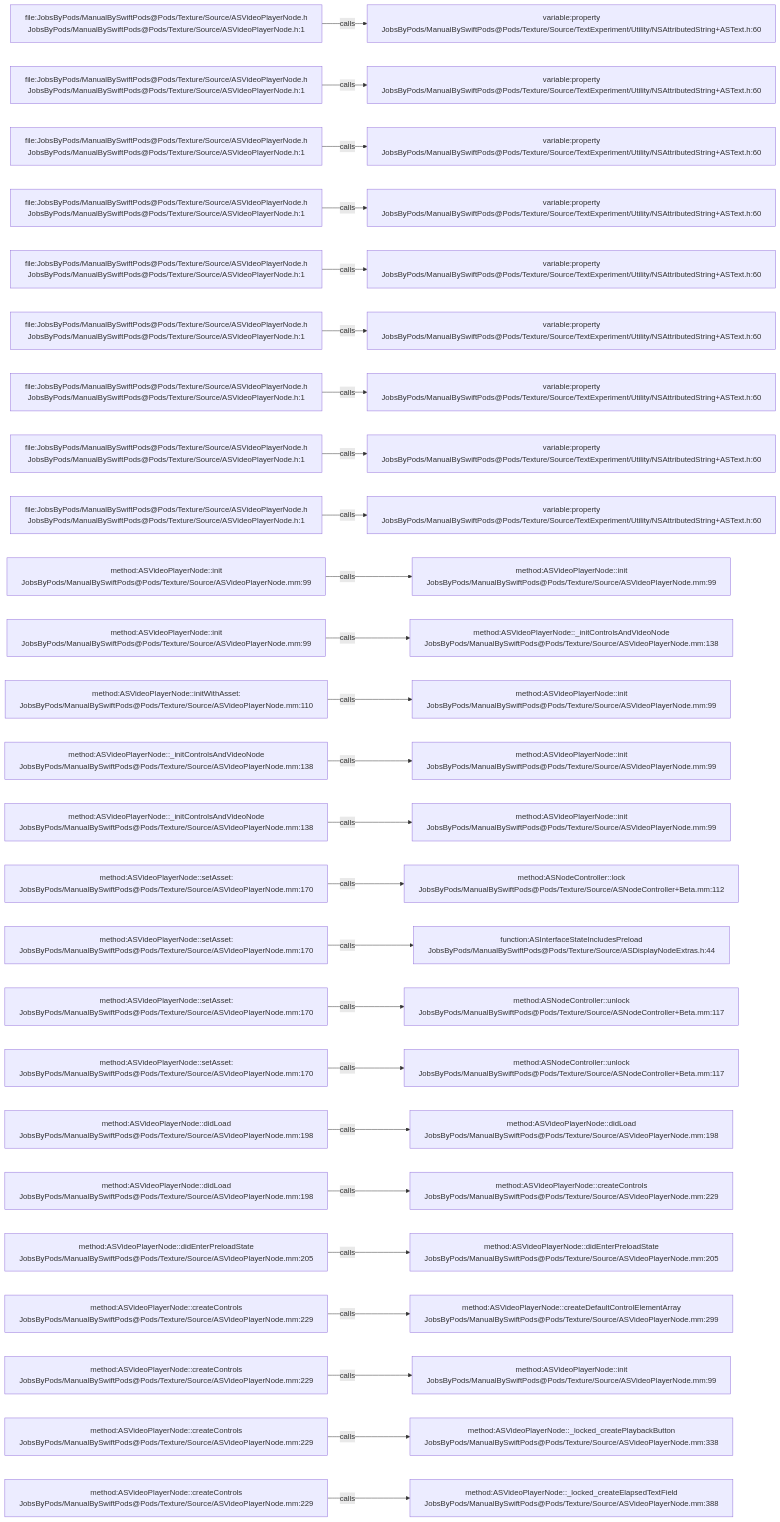
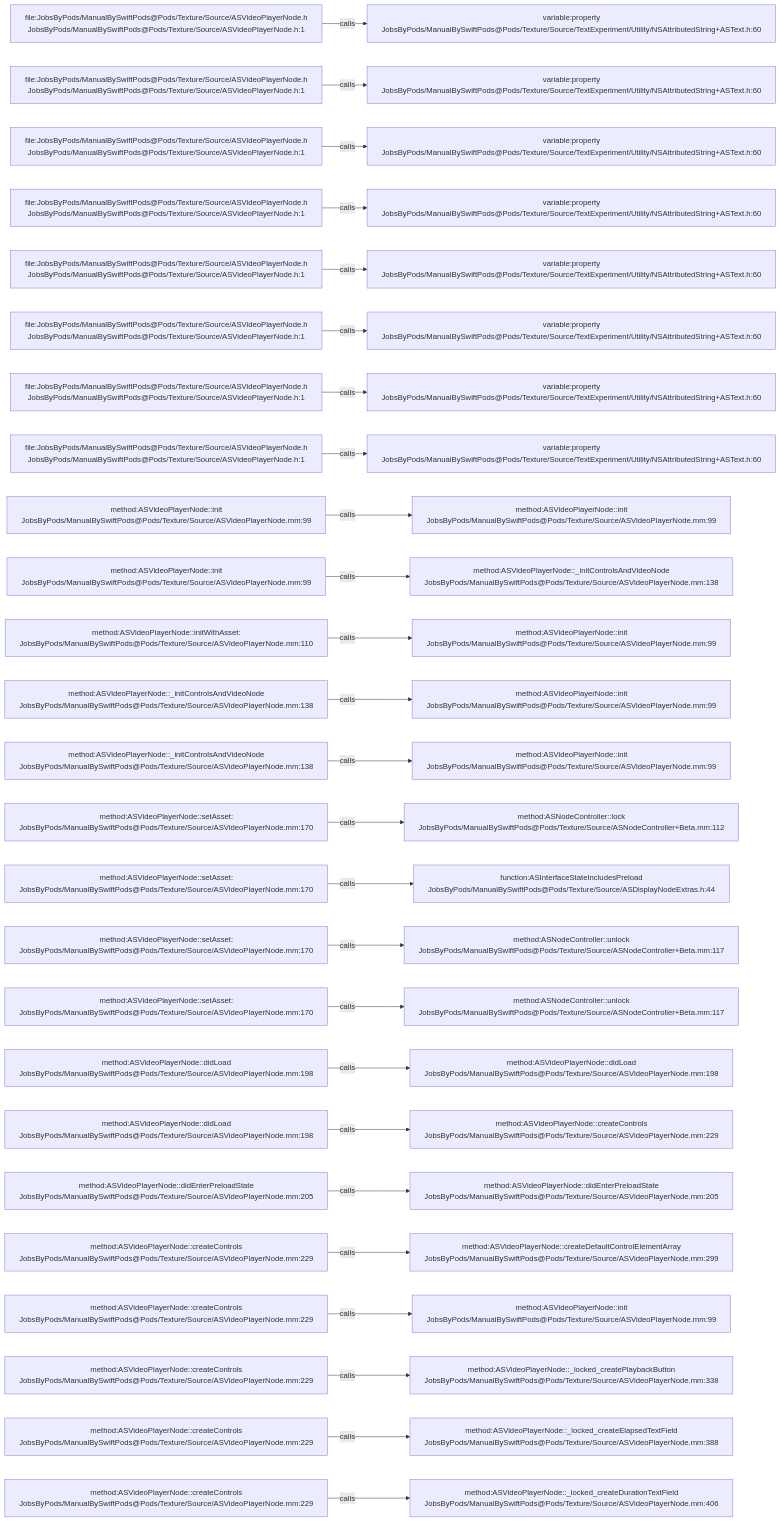
One commit to JobsKits/JobsSwiftBaseConfigDemo changed the diagram in .codegraph/codegraph.md/graphs/calls-076.md. Above: the diagram before and after it, drawn with Mermaid. The commit also changed 747 other files, not shown here.

````diff
--- a/.codegraph/codegraph.md/graphs/calls-076.md
+++ b/.codegraph/codegraph.md/graphs/calls-076.md
@@ -13,78 +13,78 @@
 ```mermaid
 flowchart LR
   S1["file:JobsByPods/ManualBySwiftPods@Pods/Texture/Source/ASVideoPlayerNode.h<br/>JobsByPods/ManualBySwiftPods@Pods/Texture/Source/ASVideoPlayerNode.h:1"]
   T1["variable:property<br/>JobsByPods/ManualBySwiftPods@Pods/Texture/Source/TextExperiment/Utility/NSAttributedString+ASText.h:60"]
   S1 -->|calls| T1
   S2["file:JobsByPods/ManualBySwiftPods@Pods/Texture/Source/ASVideoPlayerNode.h<br/>JobsByPods/ManualBySwiftPods@Pods/Texture/Source/ASVideoPlayerNode.h:1"]
   T2["variable:property<br/>JobsByPods/ManualBySwiftPods@Pods/Texture/Source/TextExperiment/Utility/NSAttributedString+ASText.h:60"]
   S2 -->|calls| T2
   S3["file:JobsByPods/ManualBySwiftPods@Pods/Texture/Source/ASVideoPlayerNode.h<br/>JobsByPods/ManualBySwiftPods@Pods/Texture/Source/ASVideoPlayerNode.h:1"]
   T3["variable:property<br/>JobsByPods/ManualBySwiftPods@Pods/Texture/Source/TextExperiment/Utility/NSAttributedString+ASText.h:60"]
   S3 -->|calls| T3
   S4["file:JobsByPods/ManualBySwiftPods@Pods/Texture/Source/ASVideoPlayerNode.h<br/>JobsByPods/ManualBySwiftPods@Pods/Texture/Source/ASVideoPlayerNode.h:1"]
   T4["variable:property<br/>JobsByPods/ManualBySwiftPods@Pods/Texture/Source/TextExperiment/Utility/NSAttributedString+ASText.h:60"]
   S4 -->|calls| T4
   S5["file:JobsByPods/ManualBySwiftPods@Pods/Texture/Source/ASVideoPlayerNode.h<br/>JobsByPods/ManualBySwiftPods@Pods/Texture/Source/ASVideoPlayerNode.h:1"]
   T5["variable:property<br/>JobsByPods/ManualBySwiftPods@Pods/Texture/Source/TextExperiment/Utility/NSAttributedString+ASText.h:60"]
   S5 -->|calls| T5
   S6["file:JobsByPods/ManualBySwiftPods@Pods/Texture/Source/ASVideoPlayerNode.h<br/>JobsByPods/ManualBySwiftPods@Pods/Texture/Source/ASVideoPlayerNode.h:1"]
   T6["variable:property<br/>JobsByPods/ManualBySwiftPods@Pods/Texture/Source/TextExperiment/Utility/NSAttributedString+ASText.h:60"]
   S6 -->|calls| T6
   S7["file:JobsByPods/ManualBySwiftPods@Pods/Texture/Source/ASVideoPlayerNode.h<br/>JobsByPods/ManualBySwiftPods@Pods/Texture/Source/ASVideoPlayerNode.h:1"]
   T7["variable:property<br/>JobsByPods/ManualBySwiftPods@Pods/Texture/Source/TextExperiment/Utility/NSAttributedString+ASText.h:60"]
   S7 -->|calls| T7
   S8["file:JobsByPods/ManualBySwiftPods@Pods/Texture/Source/ASVideoPlayerNode.h<br/>JobsByPods/ManualBySwiftPods@Pods/Texture/Source/ASVideoPlayerNode.h:1"]
   T8["variable:property<br/>JobsByPods/ManualBySwiftPods@Pods/Texture/Source/TextExperiment/Utility/NSAttributedString+ASText.h:60"]
   S8 -->|calls| T8
-  S9["file:JobsByPods/ManualBySwiftPods@Pods/Texture/Source/ASVideoPlayerNode.h<br/>JobsByPods/ManualBySwiftPods@Pods/Texture/Source/ASVideoPlayerNode.h:1"]
-  T9["variable:property<br/>JobsByPods/ManualBySwiftPods@Pods/Texture/Source/TextExperiment/Utility/NSAttributedString+ASText.h:60"]
+  S9["method:ASVideoPlayerNode::init<br/>JobsByPods/ManualBySwiftPods@Pods/Texture/Source/ASVideoPlayerNode.mm:99"]
+  T9["method:ASVideoPlayerNode::init<br/>JobsByPods/ManualBySwiftPods@Pods/Texture/Source/ASVideoPlayerNode.mm:99"]
   S9 -->|calls| T9
   S10["method:ASVideoPlayerNode::init<br/>JobsByPods/ManualBySwiftPods@Pods/Texture/Source/ASVideoPlayerNode.mm:99"]
-  T10["method:ASVideoPlayerNode::init<br/>JobsByPods/ManualBySwiftPods@Pods/Texture/Source/ASVideoPlayerNode.mm:99"]
+  T10["method:ASVideoPlayerNode::_initControlsAndVideoNode<br/>JobsByPods/ManualBySwiftPods@Pods/Texture/Source/ASVideoPlayerNode.mm:138"]
   S10 -->|calls| T10
-  S11["method:ASVideoPlayerNode::init<br/>JobsByPods/ManualBySwiftPods@Pods/Texture/Source/ASVideoPlayerNode.mm:99"]
-  T11["method:ASVideoPlayerNode::_initControlsAndVideoNode<br/>JobsByPods/ManualBySwiftPods@Pods/Texture/Source/ASVideoPlayerNode.mm:138"]
+  S11["method:ASVideoPlayerNode::initWithAsset:<br/>JobsByPods/ManualBySwiftPods@Pods/Texture/Source/ASVideoPlayerNode.mm:110"]
+  T11["method:ASVideoPlayerNode::init<br/>JobsByPods/ManualBySwiftPods@Pods/Texture/Source/ASVideoPlayerNode.mm:99"]
   S11 -->|calls| T11
-  S12["method:ASVideoPlayerNode::initWithAsset:<br/>JobsByPods/ManualBySwiftPods@Pods/Texture/Source/ASVideoPlayerNode.mm:110"]
+  S12["method:ASVideoPlayerNode::_initControlsAndVideoNode<br/>JobsByPods/ManualBySwiftPods@Pods/Texture/Source/ASVideoPlayerNode.mm:138"]
   T12["method:ASVideoPlayerNode::init<br/>JobsByPods/ManualBySwiftPods@Pods/Texture/Source/ASVideoPlayerNode.mm:99"]
   S12 -->|calls| T12
   S13["method:ASVideoPlayerNode::_initControlsAndVideoNode<br/>JobsByPods/ManualBySwiftPods@Pods/Texture/Source/ASVideoPlayerNode.mm:138"]
   T13["method:ASVideoPlayerNode::init<br/>JobsByPods/ManualBySwiftPods@Pods/Texture/Source/ASVideoPlayerNode.mm:99"]
   S13 -->|calls| T13
-  S14["method:ASVideoPlayerNode::_initControlsAndVideoNode<br/>JobsByPods/ManualBySwiftPods@Pods/Texture/Source/ASVideoPlayerNode.mm:138"]
-  T14["method:ASVideoPlayerNode::init<br/>JobsByPods/ManualBySwiftPods@Pods/Texture/Source/ASVideoPlayerNode.mm:99"]
+  S14["method:ASVideoPlayerNode::setAsset:<br/>JobsByPods/ManualBySwiftPods@Pods/Texture/Source/ASVideoPlayerNode.mm:170"]
+  T14["method:ASNodeController::lock<br/>JobsByPods/ManualBySwiftPods@Pods/Texture/Source/ASNodeController+Beta.mm:112"]
   S14 -->|calls| T14
   S15["method:ASVideoPlayerNode::setAsset:<br/>JobsByPods/ManualBySwiftPods@Pods/Texture/Source/ASVideoPlayerNode.mm:170"]
-  T15["method:ASNodeController::lock<br/>JobsByPods/ManualBySwiftPods@Pods/Texture/Source/ASNodeController+Beta.mm:112"]
+  T15["function:ASInterfaceStateIncludesPreload<br/>JobsByPods/ManualBySwiftPods@Pods/Texture/Source/ASDisplayNodeExtras.h:44"]
   S15 -->|calls| T15
   S16["method:ASVideoPlayerNode::setAsset:<br/>JobsByPods/ManualBySwiftPods@Pods/Texture/Source/ASVideoPlayerNode.mm:170"]
-  T16["function:ASInterfaceStateIncludesPreload<br/>JobsByPods/ManualBySwiftPods@Pods/Texture/Source/ASDisplayNodeExtras.h:44"]
+  T16["method:ASNodeController::unlock<br/>JobsByPods/ManualBySwiftPods@Pods/Texture/Source/ASNodeController+Beta.mm:117"]
   S16 -->|calls| T16
   S17["method:ASVideoPlayerNode::setAsset:<br/>JobsByPods/ManualBySwiftPods@Pods/Texture/Source/ASVideoPlayerNode.mm:170"]
   T17["method:ASNodeController::unlock<br/>JobsByPods/ManualBySwiftPods@Pods/Texture/Source/ASNodeController+Beta.mm:117"]
   S17 -->|calls| T17
-  S18["method:ASVideoPlayerNode::setAsset:<br/>JobsByPods/ManualBySwiftPods@Pods/Texture/Source/ASVideoPlayerNode.mm:170"]
-  T18["method:ASNodeController::unlock<br/>JobsByPods/ManualBySwiftPods@Pods/Texture/Source/ASNodeController+Beta.mm:117"]
+  S18["method:ASVideoPlayerNode::didLoad<br/>JobsByPods/ManualBySwiftPods@Pods/Texture/Source/ASVideoPlayerNode.mm:198"]
+  T18["method:ASVideoPlayerNode::didLoad<br/>JobsByPods/ManualBySwiftPods@Pods/Texture/Source/ASVideoPlayerNode.mm:198"]
   S18 -->|calls| T18
   S19["method:ASVideoPlayerNode::didLoad<br/>JobsByPods/ManualBySwiftPods@Pods/Texture/Source/ASVideoPlayerNode.mm:198"]
-  T19["method:ASVideoPlayerNode::didLoad<br/>JobsByPods/ManualBySwiftPods@Pods/Texture/Source/ASVideoPlayerNode.mm:198"]
+  T19["method:ASVideoPlayerNode::createControls<br/>JobsByPods/ManualBySwiftPods@Pods/Texture/Source/ASVideoPlayerNode.mm:229"]
   S19 -->|calls| T19
-  S20["method:ASVideoPlayerNode::didLoad<br/>JobsByPods/ManualBySwiftPods@Pods/Texture/Source/ASVideoPlayerNode.mm:198"]
-  T20["method:ASVideoPlayerNode::createControls<br/>JobsByPods/ManualBySwiftPods@Pods/Texture/Source/ASVideoPlayerNode.mm:229"]
+  S20["method:ASVideoPlayerNode::didEnterPreloadState<br/>JobsByPods/ManualBySwiftPods@Pods/Texture/Source/ASVideoPlayerNode.mm:205"]
+  T20["method:ASVideoPlayerNode::didEnterPreloadState<br/>JobsByPods/ManualBySwiftPods@Pods/Texture/Source/ASVideoPlayerNode.mm:205"]
   S20 -->|calls| T20
-  S21["method:ASVideoPlayerNode::didEnterPreloadState<br/>JobsByPods/ManualBySwiftPods@Pods/Texture/Source/ASVideoPlayerNode.mm:205"]
-  T21["method:ASVideoPlayerNode::didEnterPreloadState<br/>JobsByPods/ManualBySwiftPods@Pods/Texture/Source/ASVideoPlayerNode.mm:205"]
+  S21["method:ASVideoPlayerNode::createControls<br/>JobsByPods/ManualBySwiftPods@Pods/Texture/Source/ASVideoPlayerNode.mm:229"]
+  T21["method:ASVideoPlayerNode::createDefaultControlElementArray<br/>JobsByPods/ManualBySwiftPods@Pods/Texture/Source/ASVideoPlayerNode.mm:299"]
   S21 -->|calls| T21
   S22["method:ASVideoPlayerNode::createControls<br/>JobsByPods/ManualBySwiftPods@Pods/Texture/Source/ASVideoPlayerNode.mm:229"]
-  T22["method:ASVideoPlayerNode::createDefaultControlElementArray<br/>JobsByPods/ManualBySwiftPods@Pods/Texture/Source/ASVideoPlayerNode.mm:299"]
+  T22["method:ASVideoPlayerNode::init<br/>JobsByPods/ManualBySwiftPods@Pods/Texture/Source/ASVideoPlayerNode.mm:99"]
   S22 -->|calls| T22
   S23["method:ASVideoPlayerNode::createControls<br/>JobsByPods/ManualBySwiftPods@Pods/Texture/Source/ASVideoPlayerNode.mm:229"]
-  T23["method:ASVideoPlayerNode::init<br/>JobsByPods/ManualBySwiftPods@Pods/Texture/Source/ASVideoPlayerNode.mm:99"]
+  T23["method:ASVideoPlayerNode::_locked_createPlaybackButton<br/>JobsByPods/ManualBySwiftPods@Pods/Texture/Source/ASVideoPlayerNode.mm:338"]
   S23 -->|calls| T23
   S24["method:ASVideoPlayerNode::createControls<br/>JobsByPods/ManualBySwiftPods@Pods/Texture/Source/ASVideoPlayerNode.mm:229"]
-  T24["method:ASVideoPlayerNode::_locked_createPlaybackButton<br/>JobsByPods/ManualBySwiftPods@Pods/Texture/Source/ASVideoPlayerNode.mm:338"]
+  T24["method:ASVideoPlayerNode::_locked_createElapsedTextField<br/>JobsByPods/ManualBySwiftPods@Pods/Texture/Source/ASVideoPlayerNode.mm:388"]
   S24 -->|calls| T24
   S25["method:ASVideoPlayerNode::createControls<br/>JobsByPods/ManualBySwiftPods@Pods/Texture/Source/ASVideoPlayerNode.mm:229"]
-  T25["method:ASVideoPlayerNode::_locked_createElapsedTextField<br/>JobsByPods/ManualBySwiftPods@Pods/Texture/Source/ASVideoPlayerNode.mm:388"]
+  T25["method:ASVideoPlayerNode::_locked_createDurationTextField<br/>JobsByPods/ManualBySwiftPods@Pods/Texture/Source/ASVideoPlayerNode.mm:406"]
   S25 -->|calls| T25
 ```
````
